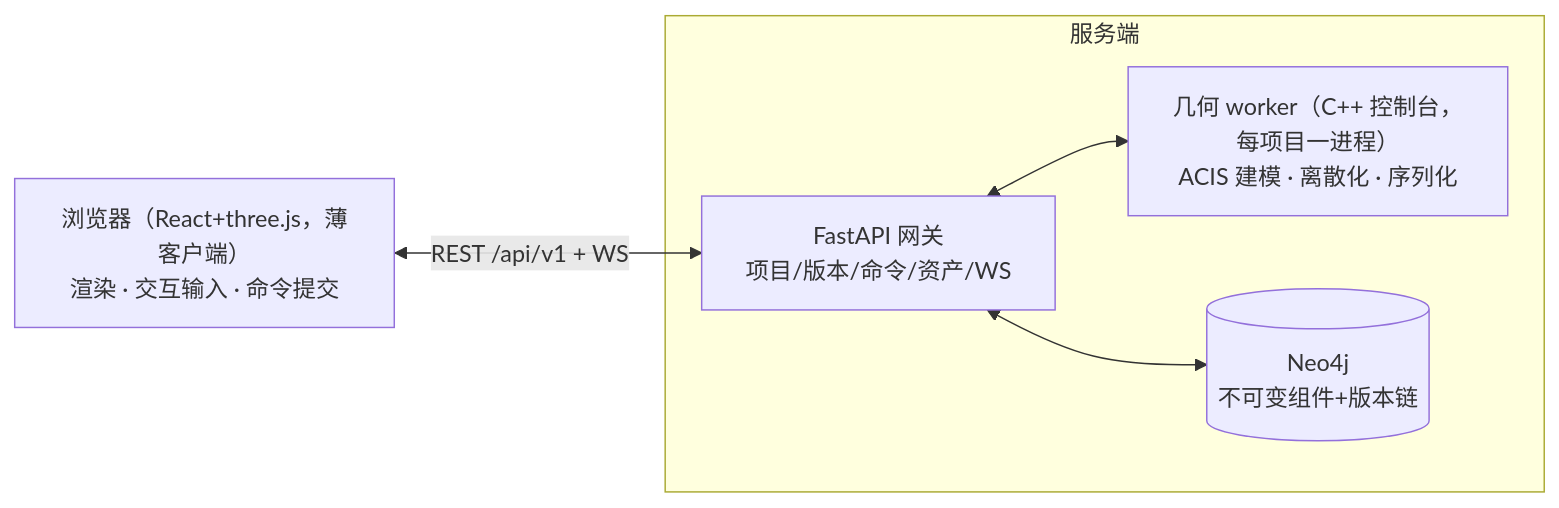
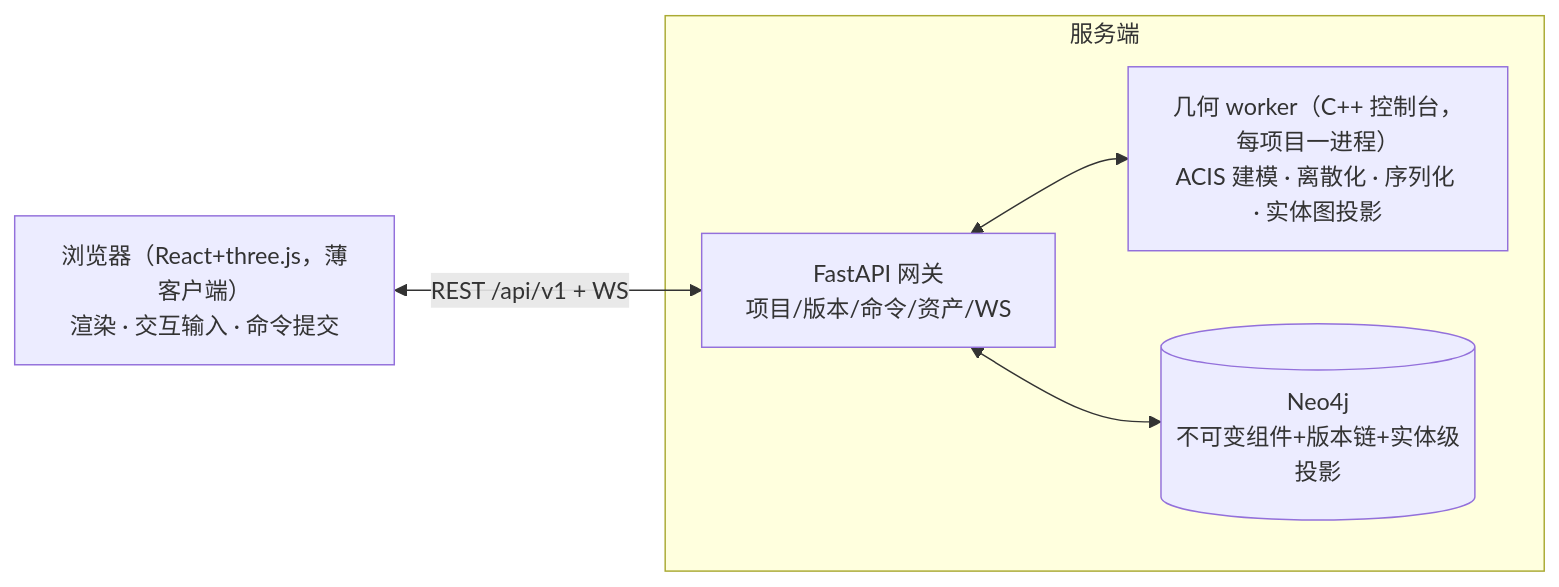
One commit to Zhang-Zhengyuan/DB-CAD changed the first of 2 diagrams in docs/ARCHITECTURE.md. Above: the diagram before and after it, drawn with Mermaid. The commit also changed other lines of this file and 22 other files, not shown here.

First line of the commit message:
feat(v3): P6 实体级图投影——ADR-3 投影层落地（论文第 5 章数据基础回归）

````diff
--- a/docs/ARCHITECTURE.md
+++ b/docs/ARCHITECTURE.md
@@ -8,11 +8,11 @@
 ```mermaid
 flowchart LR
     subgraph CLOUD["服务端"]
         GW["FastAPI 网关<br/>项目/版本/命令/资产/WS"]
-        W["几何 worker（C++ 控制台，每项目一进程）<br/>ACIS 建模 · 离散化 · 序列化"]
-        DB[("Neo4j<br/>不可变组件+版本链")]
+        W["几何 worker（C++ 控制台，每项目一进程）<br/>ACIS 建模 · 离散化 · 序列化 · 实体图投影"]
+        DB[("Neo4j<br/>不可变组件+版本链+实体级投影")]
         GW <--> W
         GW <--> DB
     end
     B["浏览器（React+three.js，薄客户端）<br/>渲染 · 交互输入 · 命令提交"] <-->|"REST /api/v1 + WS"| GW
 ```
````
